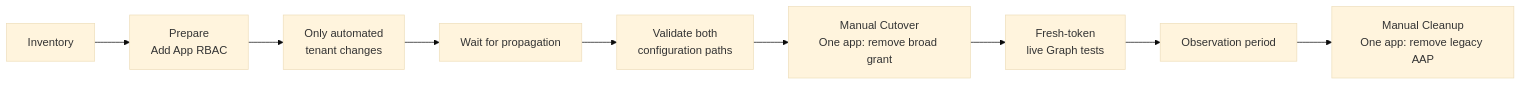
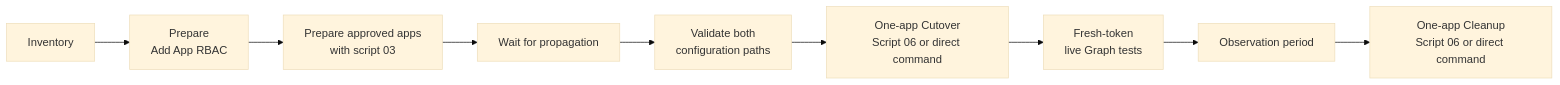
Before and after one commit to ktigges/EXO-App-RBAC-Toolkit: the diagram in docs/diagrams/migration-phases.mmd, drawn with Mermaid (base theme). The commit also changed 6 other files, not shown here.

```diff
--- a/docs/diagrams/migration-phases.mmd
+++ b/docs/diagrams/migration-phases.mmd
@@ -1,9 +1,9 @@
 flowchart LR
     Inventory[Inventory] --> Prepare[Prepare<br/>Add App RBAC]
-    Prepare --> Automated[Only automated<br/>tenant changes]
+    Prepare --> Automated[Prepare approved apps<br/>with script 03]
     Automated --> Wait[Wait for propagation]
     Wait --> Config[Validate both<br/>configuration paths]
-    Config --> Cutover[Manual Cutover<br/>One app: remove broad grant]
+    Config --> Cutover[One-app Cutover<br/>Script 06 or direct command]
     Cutover --> Live[Fresh-token<br/>live Graph tests]
     Live --> Observe[Observation period]
-    Observe --> Cleanup[Manual Cleanup<br/>One app: remove legacy AAP]
+    Observe --> Cleanup[One-app Cleanup<br/>Script 06 or direct command]
```
